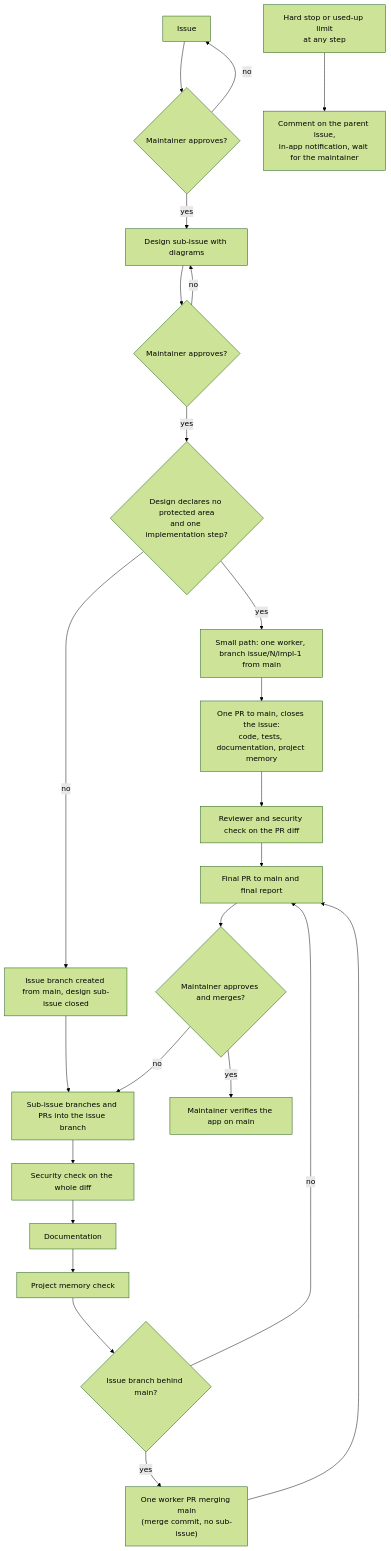
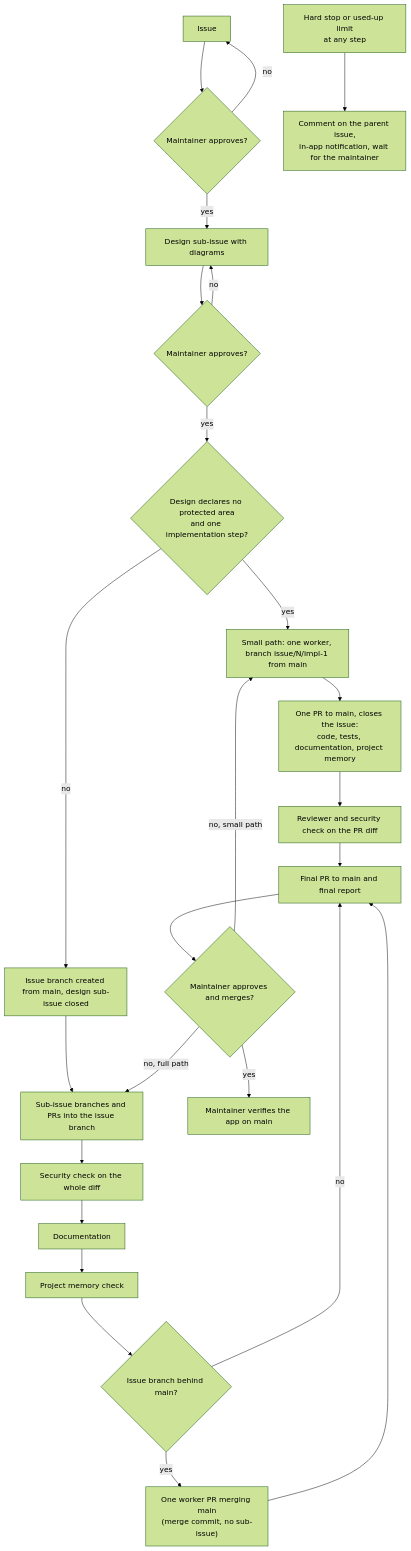
One commit to nuccio/google-tasks-enhancer changed the diagram in docs/maintainer-agent-workflow.md. Above: the diagram before and after it, drawn with Mermaid (forest theme). The commit also changed other lines of this file and 2 other files, not shown here.

````diff
--- a/docs/maintainer-agent-workflow.md
+++ b/docs/maintainer-agent-workflow.md
@@ -27,26 +27,27 @@
 ```mermaid
 flowchart TD
     A[Issue] --> B{Maintainer approves?}
     B -- no --> A
     B -- yes --> C[Design sub-issue with diagrams]
     C --> D{Maintainer approves?}
     D -- no --> C
     D -- yes --> P{"Design declares no protected area<br/>and one implementation step?"}
     P -- yes --> S1["Small path: one worker, branch issue/N/impl-1 from main"]
     S1 --> S2["One PR to main, closes the issue:<br/>code, tests, documentation, project memory"]
     S2 --> S3["Reviewer and security check on the PR diff"]
     S3 --> J
     P -- no --> E[Issue branch created from main, design sub-issue closed]
     E --> F[Sub-issue branches and PRs into the issue branch]
     F --> G[Security check on the whole diff]
     G --> H[Documentation]
     H --> I[Project memory check]
     I --> Y{Issue branch behind main?}
     Y -- yes --> Z["One worker PR merging main<br/>(merge commit, no sub-issue)"]
     Y -- no --> J
     Z --> J[Final PR to main and final report]
     J --> K{Maintainer approves and merges?}
-    K -- no --> F
+    K -- "no, full path" --> F
+    K -- "no, small path" --> S1
     K -- yes --> L[Maintainer verifies the app on main]
     X["Hard stop or used-up limit<br/>at any step"] --> N["Comment on the parent issue,<br/>in-app notification, wait for the maintainer"]
 ```
````
